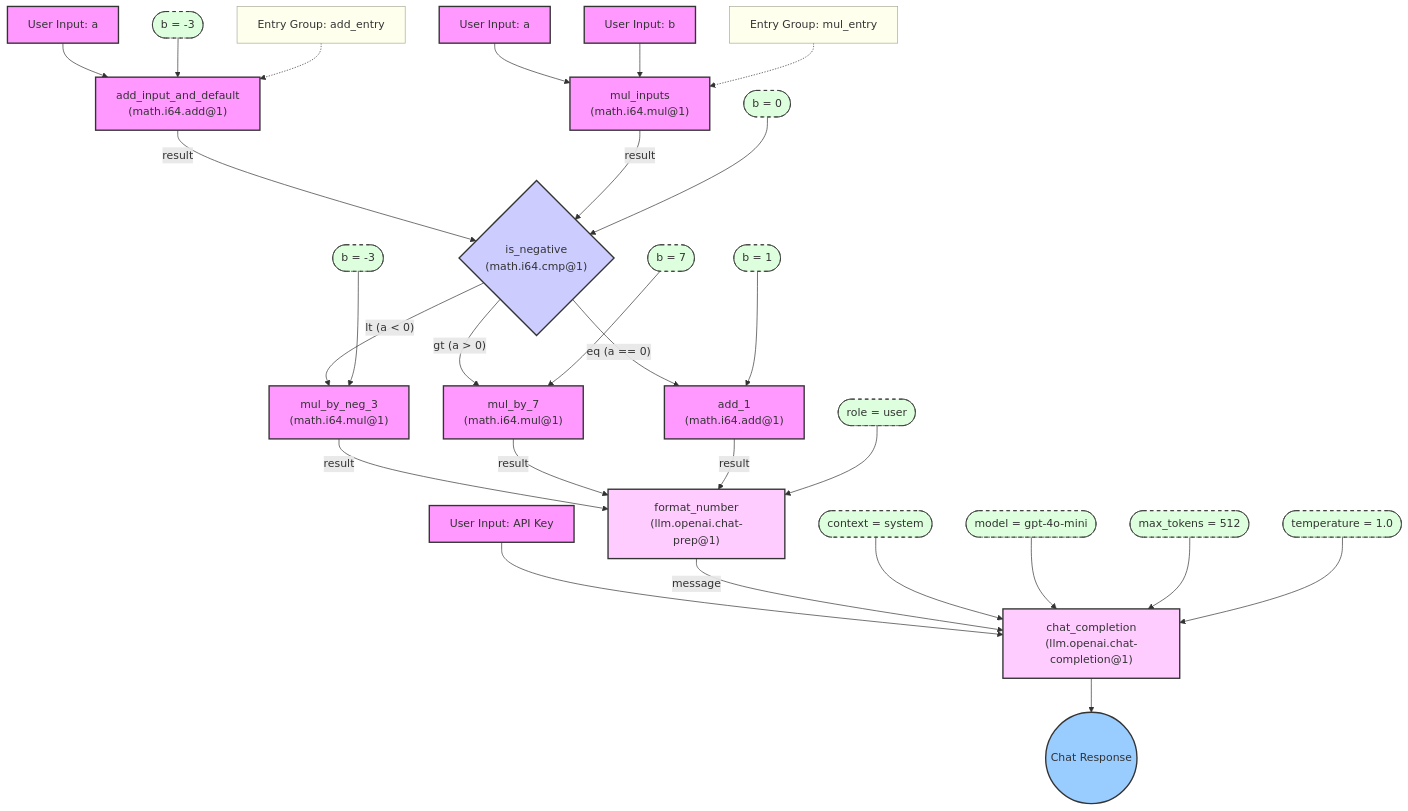
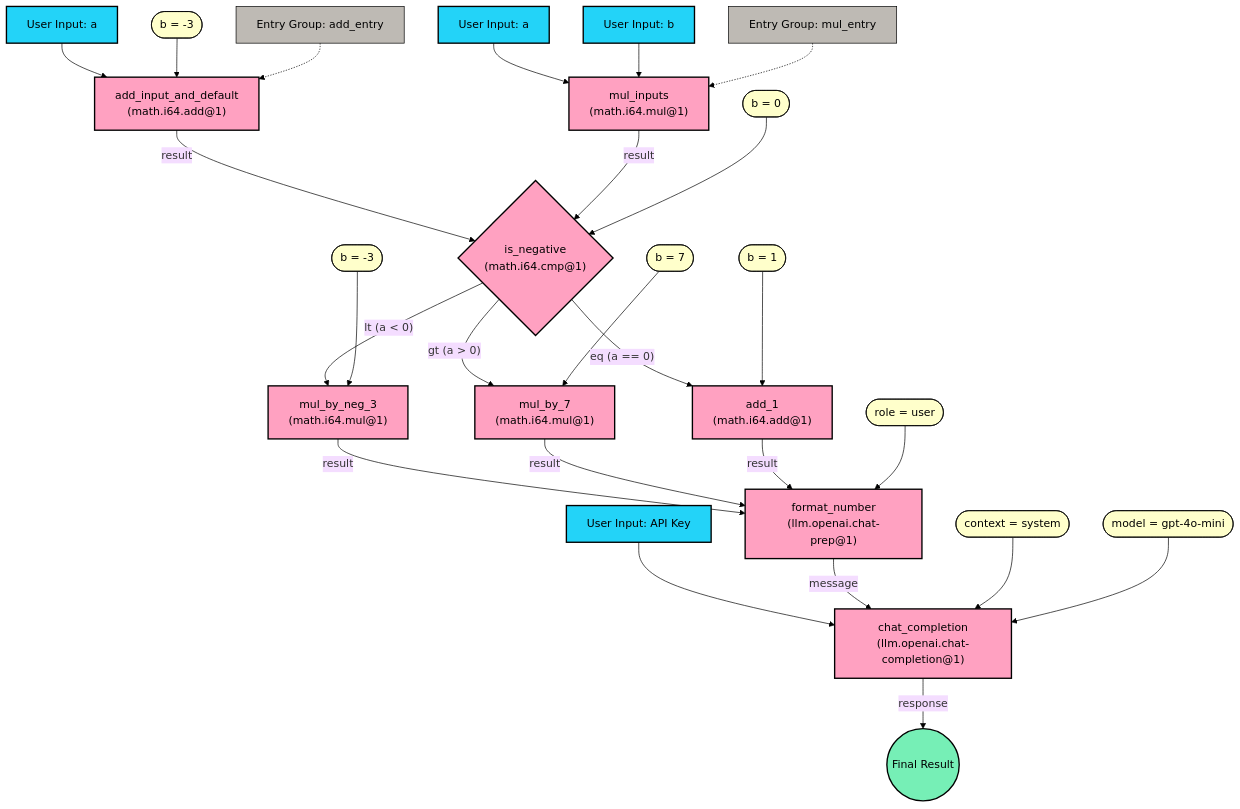
Before and after one commit to Talus-Network/nexus-sdk: the diagram in docs/guides/math_branching_with_chat.md, drawn with Mermaid. The commit also changed 3 other files, not shown here.

Commit message:
update styling of mermaid diagrams

````diff
--- a/docs/guides/math_branching_with_chat.md
+++ b/docs/guides/math_branching_with_chat.md
@@ -213,59 +213,56 @@
 ```mermaid
+%%{init: {'theme': 'base', 'themeVariables': { 'background': '#FFFFFF' }}}%%
 graph TD
     %% Entry points and their inputs
     InputA1[User Input: a] --> A["add_input_and_default<br>(math.i64.add@1)"];
     Def1([b = -3]) --> A;
     InputM1[User Input: a] --> M["mul_inputs<br>(math.i64.mul@1)"];
     InputM2[User Input: b] --> M;
     APIKey[User Input: API Key] --> C["chat_completion<br>(llm.openai.chat-completion@1)"];
     
     %% Entry group indicators
     EG1["Entry Group: add_entry"] -.-> A;
     EG2["Entry Group: mul_entry"] -.-> M;
     
     %% Main flow from entry paths to comparison
     A -- "result" --> B{"is_negative<br>(math.i64.cmp@1)"};
     M -- "result" --> B;
     Def2([b = 0]) --> B;
     
     %% Branching paths based on comparison
     B -- "lt (a < 0)" --> C1["mul_by_neg_3<br>(math.i64.mul@1)"];
     Def3([b = -3]) --> C1;
     
     B -- "gt (a > 0)" --> D1["mul_by_7<br>(math.i64.mul@1)"];
     Def4([b = 7]) --> D1;
     
     B -- "eq (a == 0)" --> E1["add_1<br>(math.i64.add@1)"];
     Def5([b = 1]) --> E1;
     
     %% Connect to number formatter
     C1 -- "result" --> F["format_number<br>(llm.openai.chat-prep@1)"];
     D1 -- "result" --> F;
     E1 -- "result" --> F;
     Def6([role = user]) --> F;
     
     %% Connect to chat completion
     F -- "message" --> C;
     Def7([context = system]) --> C;
     Def8([model = gpt-4o-mini]) --> C;
-    Def9([max_tokens = 512]) --> C;
-    Def10([temperature = 1.0]) --> C;
     
-    %% Final output
-    C --> Result((Chat Response));
+    %% Final result
+    C -- "response" --> Result((Final Result));
 
     %% Styling
-    classDef default fill:#f9f,stroke:#333,stroke-width:2px;
-    classDef compare fill:#ccf,stroke:#333,stroke-width:2px;
-    classDef output fill:#9cf,stroke:#333,stroke-width:2px;
-    classDef constant fill:#dfd,stroke:#333,stroke-width:1px,stroke-dasharray: 5 5;
-    classDef entrygroup fill:#ffe,stroke:#aa9,stroke-width:1px;
-    classDef llm fill:#fcf,stroke:#333,stroke-width:2px;
+    classDef tool fill:#FFA1C1,stroke:#000000,stroke-width:2px,color:#000000;
+    classDef input fill:#23D3F8,stroke:#000000,stroke-width:2px,color:#000000;
+    classDef output fill:#76EFB6,stroke:#000000,stroke-width:2px,color:#000000;
+    classDef default fill:#FFFFCB,stroke:#000000,stroke-width:1px,color:#000000;
+    classDef entrygroup fill:#BEBAB4,stroke:#000000,stroke-width:1px,color:#000000;
     
-    class A,C1,D1,E1,M default;
-    class B compare;
+    class A,C1,D1,E1,M,F,C,B tool;
+    class InputA1,InputM1,InputM2,APIKey input;
     class Result output;
-    class Def1,Def2,Def3,Def4,Def5,Def6,Def7,Def8,Def9,Def10 constant;
+    class Def1,Def2,Def3,Def4,Def5,Def6,Def7,Def8 default;
     class EG1,EG2 entrygroup;
-    class F,C llm;
 ```
````
